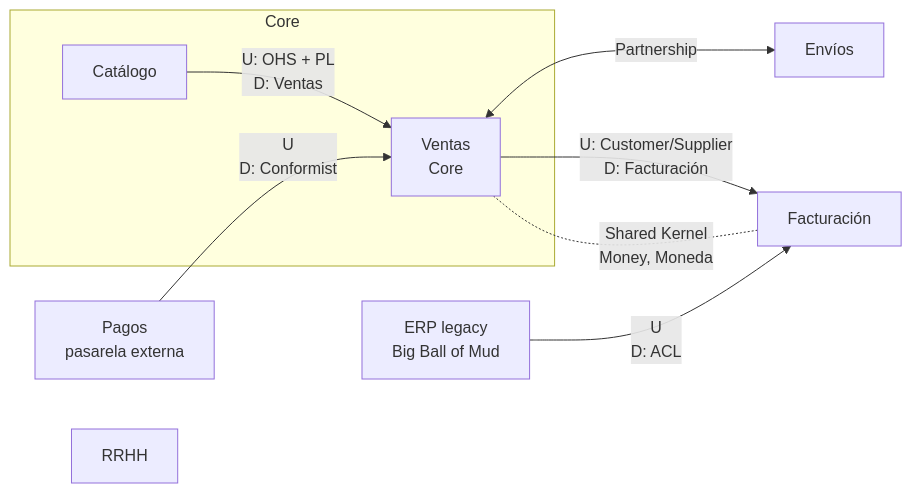
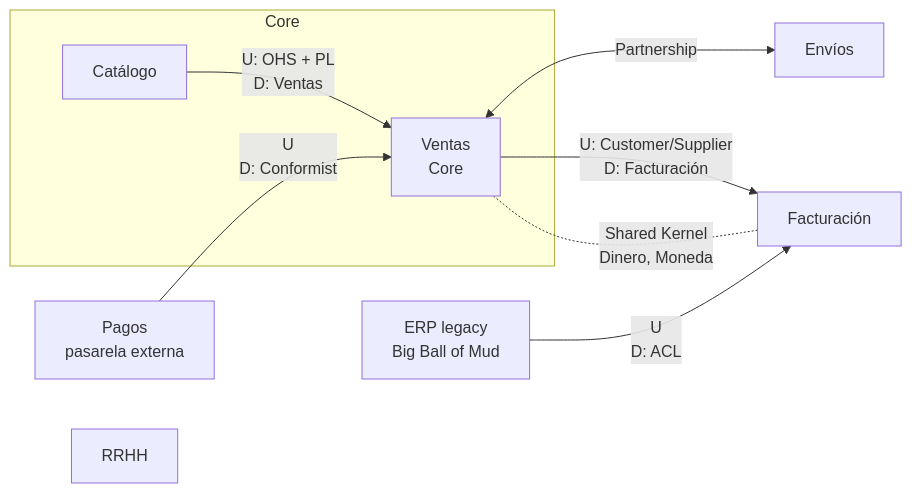
One commit to juvndvv/knowledge-base changed the first of 6 diagrams in ddd/comunicacion-entre-bounded-contexts.md. Above: the diagram before and after it, drawn with Mermaid. The commit also changed other lines of this file and 2 other files, not shown here.

````diff
--- a/ddd/comunicacion-entre-bounded-contexts.md
+++ b/ddd/comunicacion-entre-bounded-contexts.md
@@ -66,20 +68,20 @@
 ```mermaid
 flowchart LR
     subgraph Core
         Ventas[Ventas<br/>Core]
         Catalogo[Catálogo]
     end
     Pagos[Pagos<br/>pasarela externa]
     Envios[Envíos]
     Facturacion[Facturación]
     Legacy[ERP legacy<br/>Big Ball of Mud]
     RRHH[RRHH]
 
     Catalogo -- "U: OHS + PL<br/>D: Ventas" --> Ventas
     Ventas <-- "Partnership" --> Envios
     Pagos -- "U<br/>D: Conformist" --> Ventas
     Ventas -- "U: Customer/Supplier<br/>D: Facturación" --> Facturacion
     Legacy -- "U<br/>D: ACL" --> Facturacion
-    Ventas -. "Shared Kernel<br/>Money, Moneda" .- Facturacion
+    Ventas -. "Shared Kernel<br/>Dinero, Moneda" .- Facturacion
     RRHH ~~~ Ventas
 ```
````
